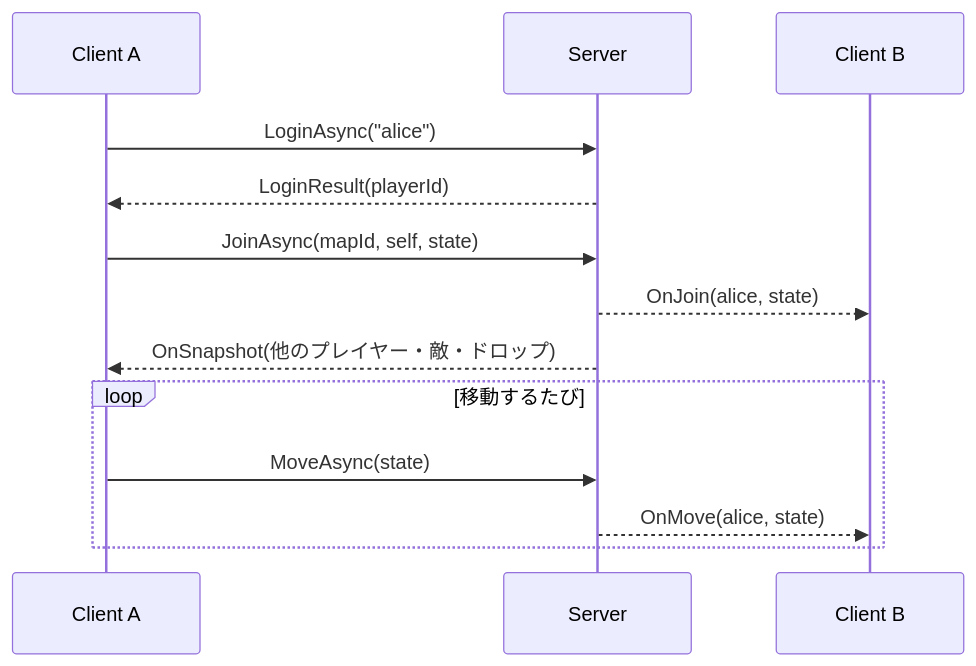
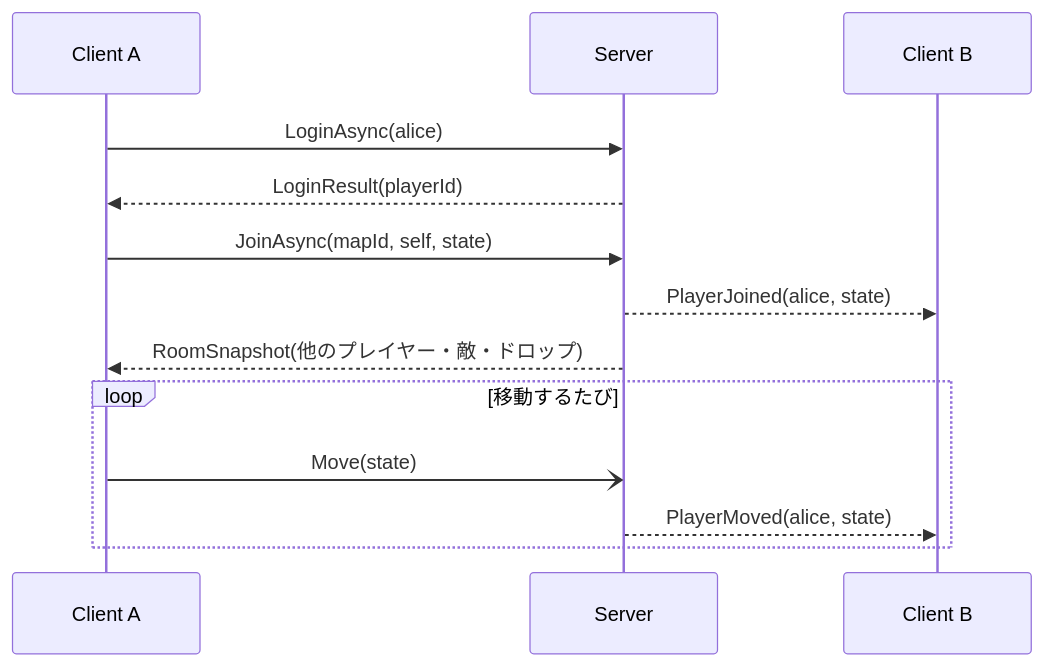
Before and after one commit to OskaKim/Terrace: the first of 3 diagrams in docs/contracts/protocol.md, drawn with Mermaid. The commit also changed other lines of this file and 41 other files, not shown here.

````diff
--- a/docs/contracts/protocol.md
+++ b/docs/contracts/protocol.md
@@ -83,15 +95,15 @@
 ```mermaid
 sequenceDiagram
   participant A as Client A
   participant S as Server
   participant B as Client B
-  A->>S: LoginAsync("alice")
+  A->>S: LoginAsync(alice)
   S-->>A: LoginResult(playerId)
   A->>S: JoinAsync(mapId, self, state)
-  S-->>B: OnJoin(alice, state)
-  S-->>A: OnSnapshot(他のプレイヤー・敵・ドロップ)
+  S-->>B: PlayerJoined(alice, state)
+  S-->>A: RoomSnapshot(他のプレイヤー・敵・ドロップ)
   loop 移動するたび
-    A->>S: MoveAsync(state)
-    S-->>B: OnMove(alice, state)
+    A-)S: Move(state)
+    S-->>B: PlayerMoved(alice, state)
   end
 ```
````
